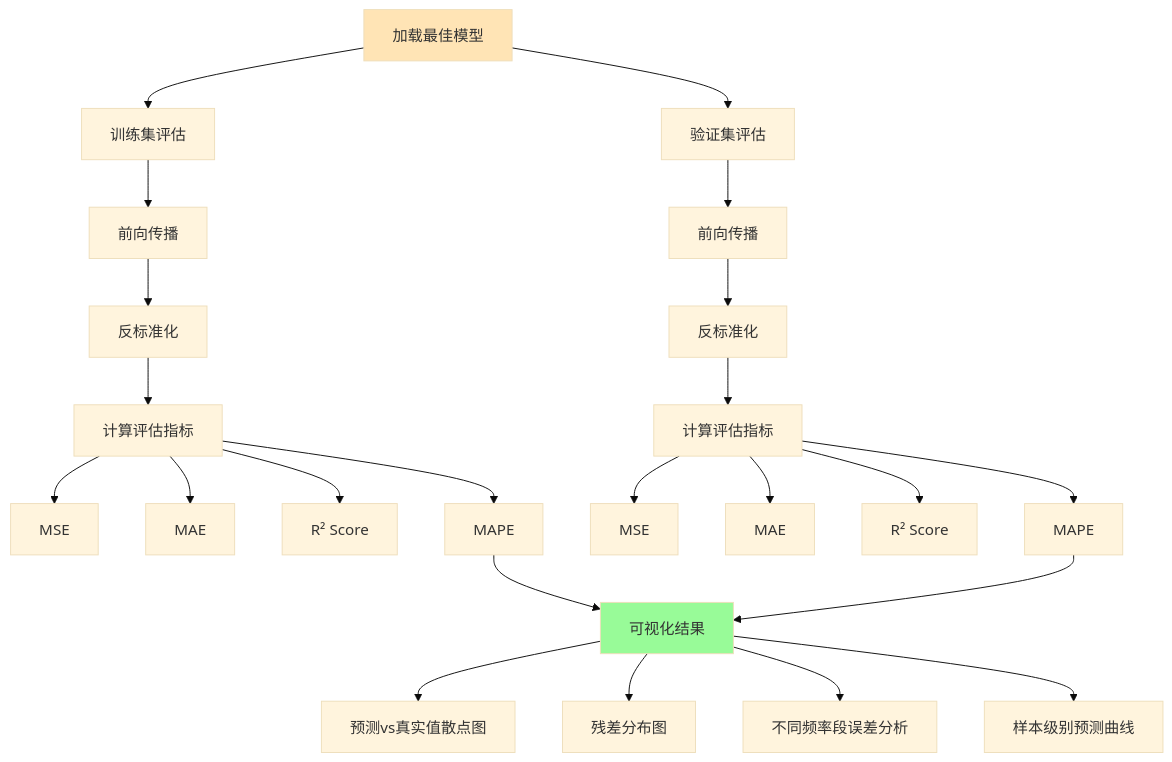
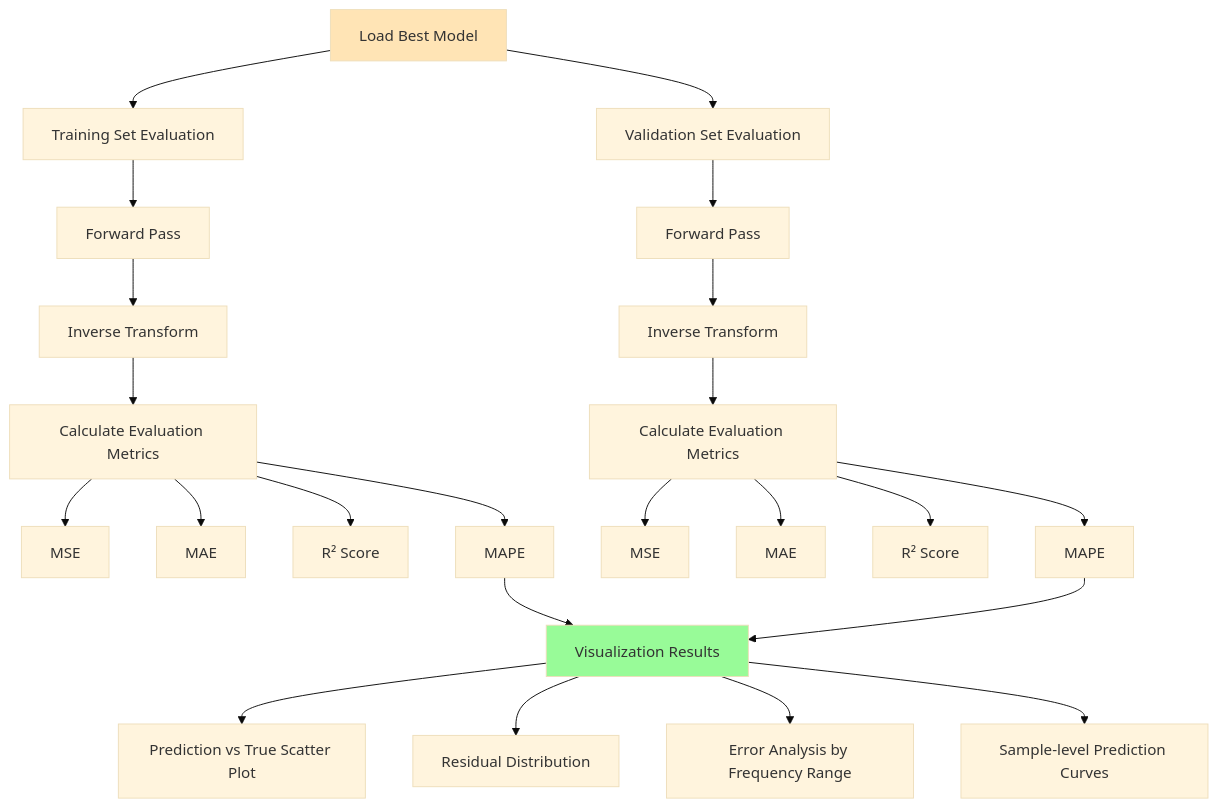
One commit to Prcmise/PB_Rheo changed the sixth of 10 diagrams in 流程图_PINN_Rheology_Prediction.md. Above: the diagram before and after it, drawn with Mermaid (base theme). The commit also changed other lines of this file, not shown here.

Commit message:
Translate and update PINN rheology prediction documentation

````diff
--- a/流程图_PINN_Rheology_Prediction.md
+++ b/流程图_PINN_Rheology_Prediction.md
@@ -238,35 +238,35 @@
 ```mermaid
 flowchart TD
-    A[加载最佳模型] --> B[训练集评估]
-    A --> C[验证集评估]
+    A[Load Best Model] --> B[Training Set Evaluation]
+    A --> C[Validation Set Evaluation]
     
-    B --> B1[前向传播]
-    C --> C1[前向传播]
+    B --> B1[Forward Pass]
+    C --> C1[Forward Pass]
     
-    B1 --> B2[反标准化]
-    C1 --> C2[反标准化]
+    B1 --> B2[Inverse Transform]
+    C1 --> C2[Inverse Transform]
     
-    B2 --> B3[计算评估指标]
-    C2 --> C3[计算评估指标]
+    B2 --> B3[Calculate Evaluation Metrics]
+    C2 --> C3[Calculate Evaluation Metrics]
     
     B3 --> M1[MSE]
     B3 --> M2[MAE]
     B3 --> M3[R² Score]
     B3 --> M4[MAPE]
     
     C3 --> M5[MSE]
     C3 --> M6[MAE]
     C3 --> M7[R² Score]
     C3 --> M8[MAPE]
     
-    M4 --> V1[可视化结果]
+    M4 --> V1[Visualization Results]
     M8 --> V1
     
-    V1 --> V1_1[预测vs真实值散点图]
-    V1 --> V1_2[残差分布图]
-    V1 --> V1_3[不同频率段误差分析]
-    V1 --> V1_4[样本级别预测曲线]
+    V1 --> V1_1[Prediction vs True Scatter Plot]
+    V1 --> V1_2[Residual Distribution]
+    V1 --> V1_3[Error Analysis by Frequency Range]
+    V1 --> V1_4[Sample-level Prediction Curves]
     
     style A fill:#FFE4B5
     style V1 fill:#98FB98
 ```
````
